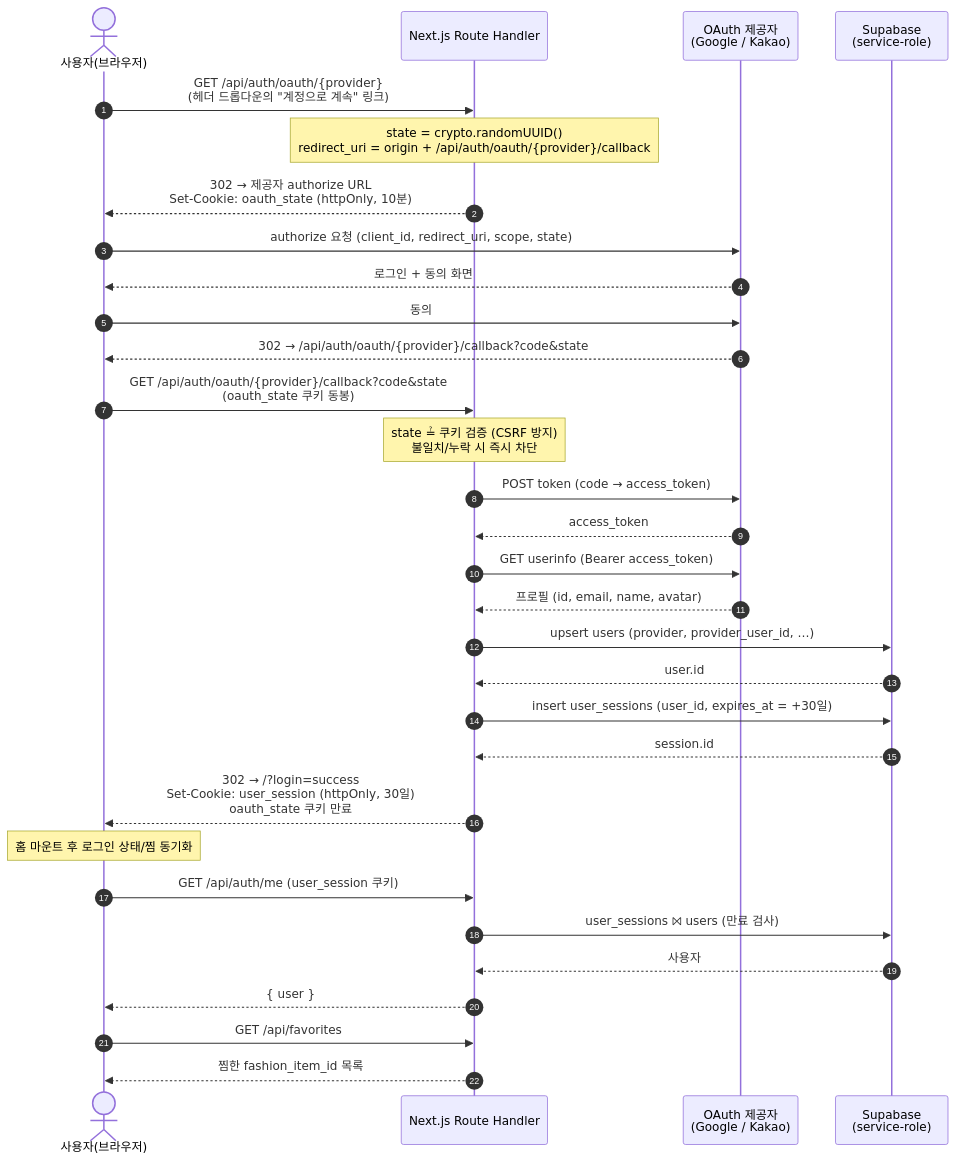
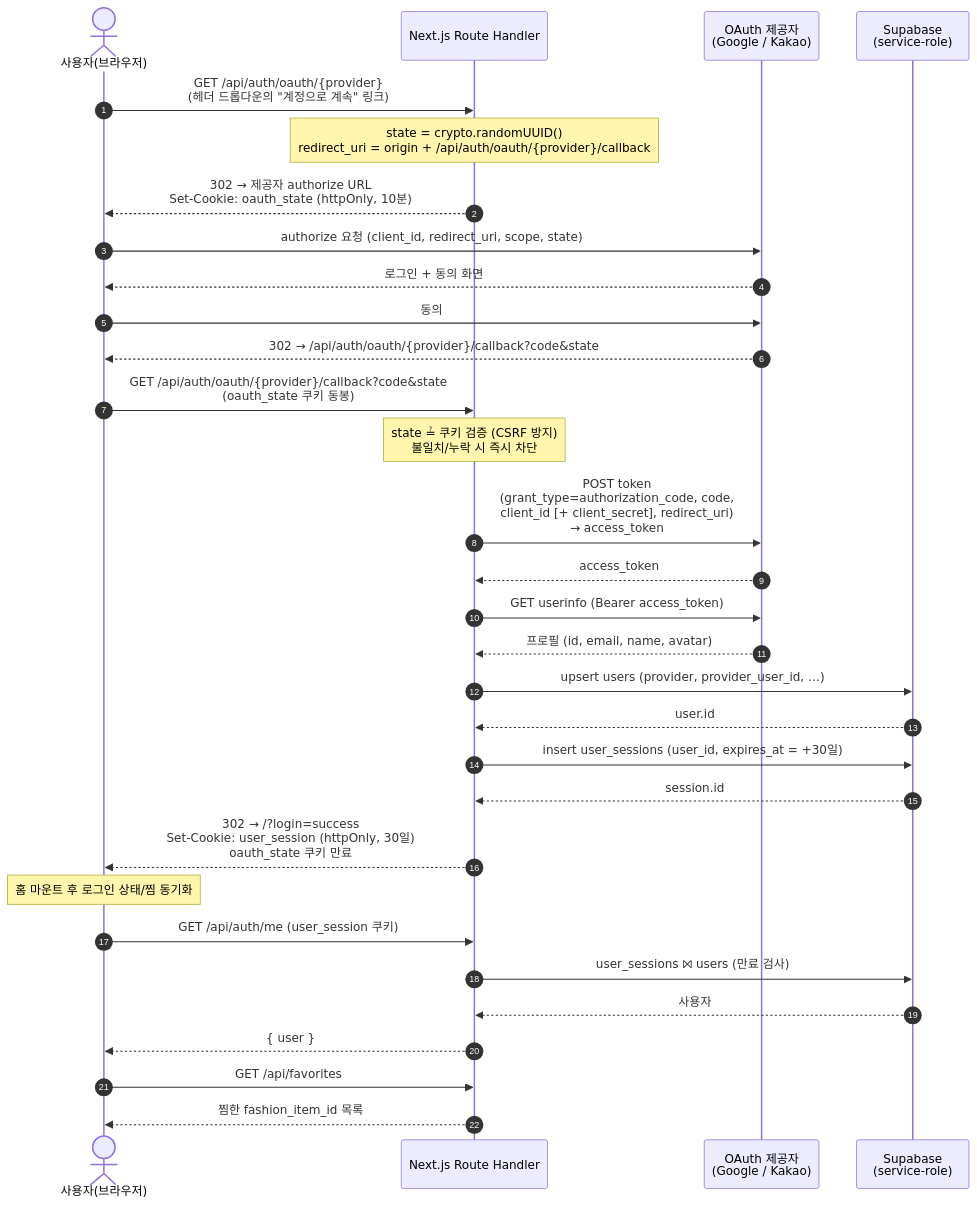
The first of 2 diagrams in docs/oauth-login-sequence.md (jameskim9509/Fashion-Recommendation-Web-App), drawn with Mermaid before and after one commit.

Commit message:
docs: 토큰 교환 단계에 실제 파라미터(client_id 등) 명시

````diff
--- a/docs/oauth-login-sequence.md
+++ b/docs/oauth-login-sequence.md
@@ -13,38 +13,38 @@
 ```mermaid
 sequenceDiagram
     autonumber
     actor U as 사용자(브라우저)
     participant A as Next.js Route Handler
     participant P as OAuth 제공자<br/>(Google / Kakao)
     participant DB as Supabase<br/>(service-role)
 
     U->>A: GET /api/auth/oauth/{provider}<br/>(헤더 드롭다운의 "계정으로 계속" 링크)
     Note over A: state = crypto.randomUUID()<br/>redirect_uri = origin + /api/auth/oauth/{provider}/callback
     A-->>U: 302 → 제공자 authorize URL<br/>Set-Cookie: oauth_state (httpOnly, 10분)
 
     U->>P: authorize 요청 (client_id, redirect_uri, scope, state)
     P-->>U: 로그인 + 동의 화면
     U->>P: 동의
     P-->>U: 302 → /api/auth/oauth/{provider}/callback?code&state
 
     U->>A: GET /api/auth/oauth/{provider}/callback?code&state<br/>(oauth_state 쿠키 동봉)
     Note over A: state ≟ 쿠키 검증 (CSRF 방지)<br/>불일치/누락 시 즉시 차단
-    A->>P: POST token (code → access_token)
+    A->>P: POST token<br/>(grant_type=authorization_code, code,<br/>client_id [+ client_secret], redirect_uri)<br/>→ access_token
     P-->>A: access_token
     A->>P: GET userinfo (Bearer access_token)
     P-->>A: 프로필 (id, email, name, avatar)
 
     A->>DB: upsert users (provider, provider_user_id, …)
     DB-->>A: user.id
     A->>DB: insert user_sessions (user_id, expires_at = +30일)
     DB-->>A: session.id
     A-->>U: 302 → /?login=success<br/>Set-Cookie: user_session (httpOnly, 30일)<br/>oauth_state 쿠키 만료
 
     Note over U: 홈 마운트 후 로그인 상태/찜 동기화
     U->>A: GET /api/auth/me (user_session 쿠키)
     A->>DB: user_sessions ⨝ users (만료 검사)
     DB-->>A: 사용자
     A-->>U: { user }
     U->>A: GET /api/favorites
     A-->>U: 찜한 fashion_item_id 목록
 ```
````
